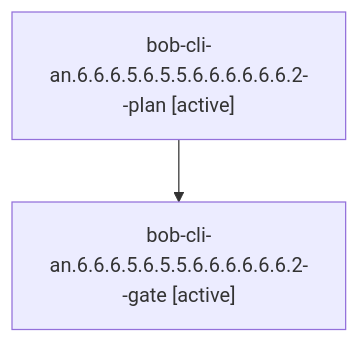
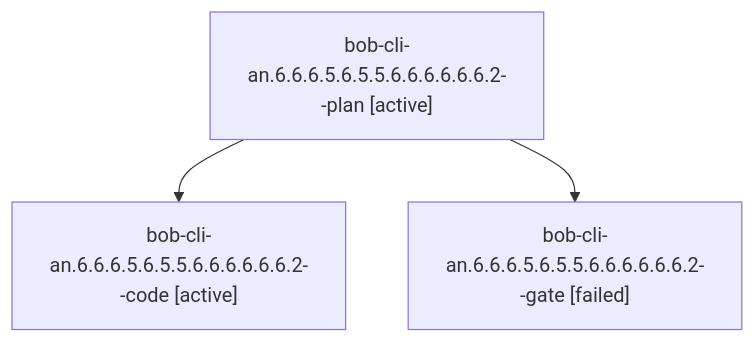
Before and after one commit to bobs-org/bob-cli--agents: the diagram in sessions/bbugyi200.athena.bob-cli-an.6.6.6.5.6.5.5.6.6.6.6.6.6.2.md, drawn with Mermaid. The commit also changed other lines of this file and 252 other files, not shown here.

````diff
--- a/sessions/bbugyi200.athena.bob-cli-an.6.6.6.5.6.5.5.6.6.6.6.6.6.2.md
+++ b/sessions/bbugyi200.athena.bob-cli-an.6.6.6.5.6.5.5.6.6.6.6.6.6.2.md
@@ -9,6 +9,8 @@
 ```mermaid
 flowchart TD
   n0["bob-cli-an.6.6.6.5.6.5.5.6.6.6.6.6.6.2--plan [active]"]
-  n1["bob-cli-an.6.6.6.5.6.5.5.6.6.6.6.6.6.2--gate [active]"]
+  n1["bob-cli-an.6.6.6.5.6.5.5.6.6.6.6.6.6.2--code [active]"]
   n0 --> n1
+  n2["bob-cli-an.6.6.6.5.6.5.5.6.6.6.6.6.6.2--gate [failed]"]
+  n0 --> n2
 ```
````
